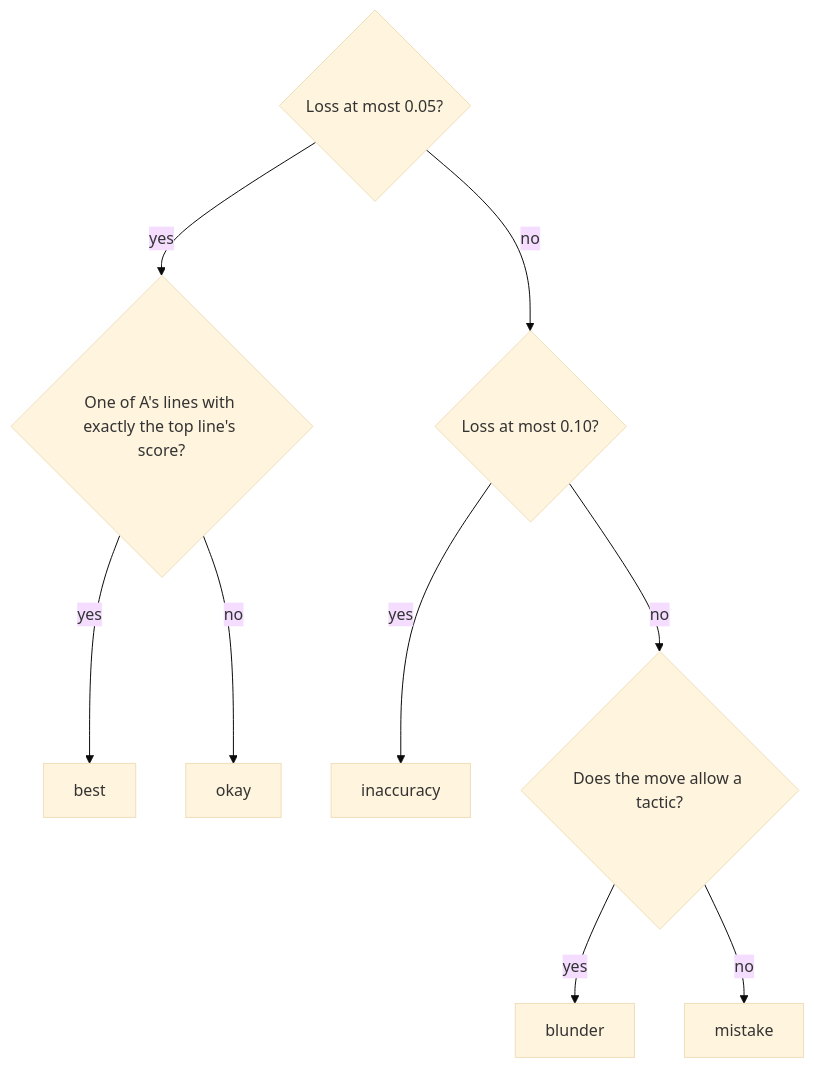
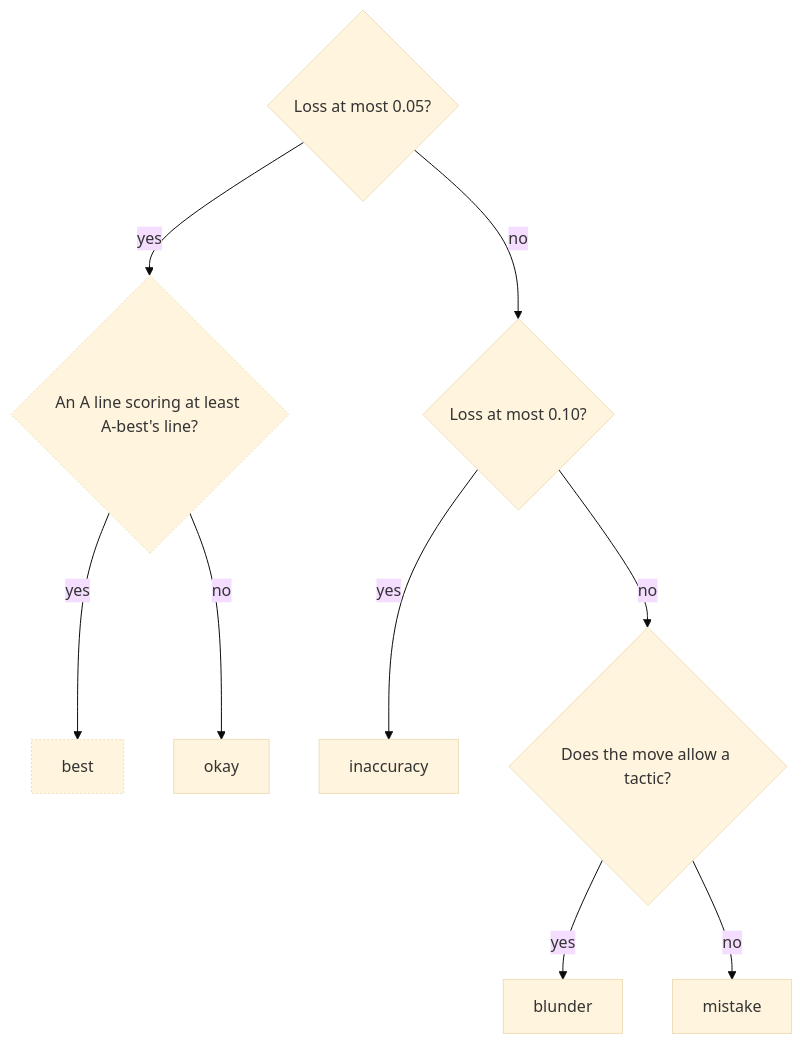
One commit to aurja/ChessWhy changed diagram 18 of 26 in Planning/DBC/CONCEPTS.md. Above: the diagram before and after it, drawn with Mermaid (base theme). The commit also changed other lines of this file and 5 other files, not shown here.

First line of the commit message:
PostM4_EM6: freeze contract (search and explanation budgets, A-best/A-rest, at-least-score test)

````diff
--- a/Planning/DBC/CONCEPTS.md
+++ b/Planning/DBC/CONCEPTS.md
@@ -859,23 +894,24 @@
 ```mermaid
 flowchart TD
     VdPlayable{"Loss at most 0.05?"}
-    VdSameScore{"One of A's lines with exactly the top line's score?"}
+    VdSameScore{"An A line scoring at least A-best's line?"}
     VdBest["best"]
     VdOkay["okay"]
     VdSmall{"Loss at most 0.10?"}
     VdInaccuracy["inaccuracy"]
     VdAllows{"Does the move allow a tactic?"}
     VdBlunder["blunder"]
     VdMistake["mistake"]
     VdPlayable -->|yes| VdSameScore
     VdPlayable -->|no| VdSmall
     VdSameScore -->|yes| VdBest
     VdSameScore -->|no| VdOkay
     VdSmall -->|yes| VdInaccuracy
     VdSmall -->|no| VdAllows
     VdAllows -->|yes| VdBlunder
     VdAllows -->|no| VdMistake
     classDef planned stroke-dasharray:6 4,color:#888
     classDef partial stroke-dasharray:2 2
     classDef external stroke-dasharray:1 3,color:#999
+    class VdSameScore,VdBest partial
 ```
````
